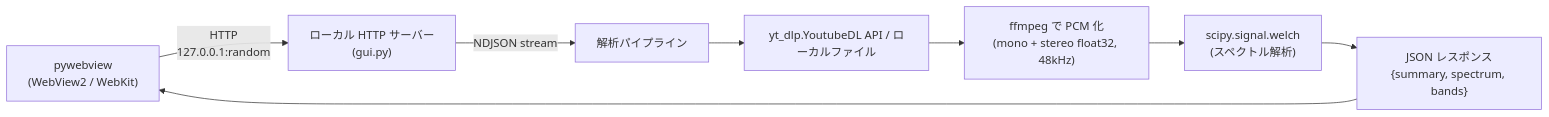
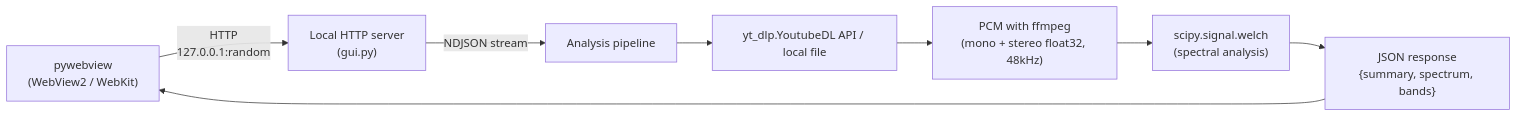
One commit to semnil/analyze-spectrum changed the first of 2 diagrams in CLAUDE.md. Above: the diagram before and after it, drawn with Mermaid. The commit also changed other lines of this file, not shown here.

````diff
--- a/CLAUDE.md
+++ b/CLAUDE.md
@@ -9,10 +13,10 @@
 ```mermaid
 graph LR
-    A["pywebview<br>(WebView2 / WebKit)"] -->|"HTTP<br>127.0.0.1:random"| B["ローカル HTTP サーバー<br>(gui.py)"]
-    B -->|"NDJSON stream"| C["解析パイプライン"]
-    C --> D["yt_dlp.YoutubeDL API / ローカルファイル"]
-    D --> E["ffmpeg で PCM 化<br>(mono + stereo float32, 48kHz)"]
-    E --> F["scipy.signal.welch<br>(スペクトル解析)"]
-    F --> G["JSON レスポンス<br>{summary, spectrum, bands}"]
+    A["pywebview<br>(WebView2 / WebKit)"] -->|"HTTP<br>127.0.0.1:random"| B["Local HTTP server<br>(gui.py)"]
+    B -->|"NDJSON stream"| C["Analysis pipeline"]
+    C --> D["yt_dlp.YoutubeDL API / local file"]
+    D --> E["PCM with ffmpeg<br>(mono + stereo float32, 48kHz)"]
+    E --> F["scipy.signal.welch<br>(spectral analysis)"]
+    F --> G["JSON response<br>{summary, spectrum, bands}"]
     G --> A
 ```
````
